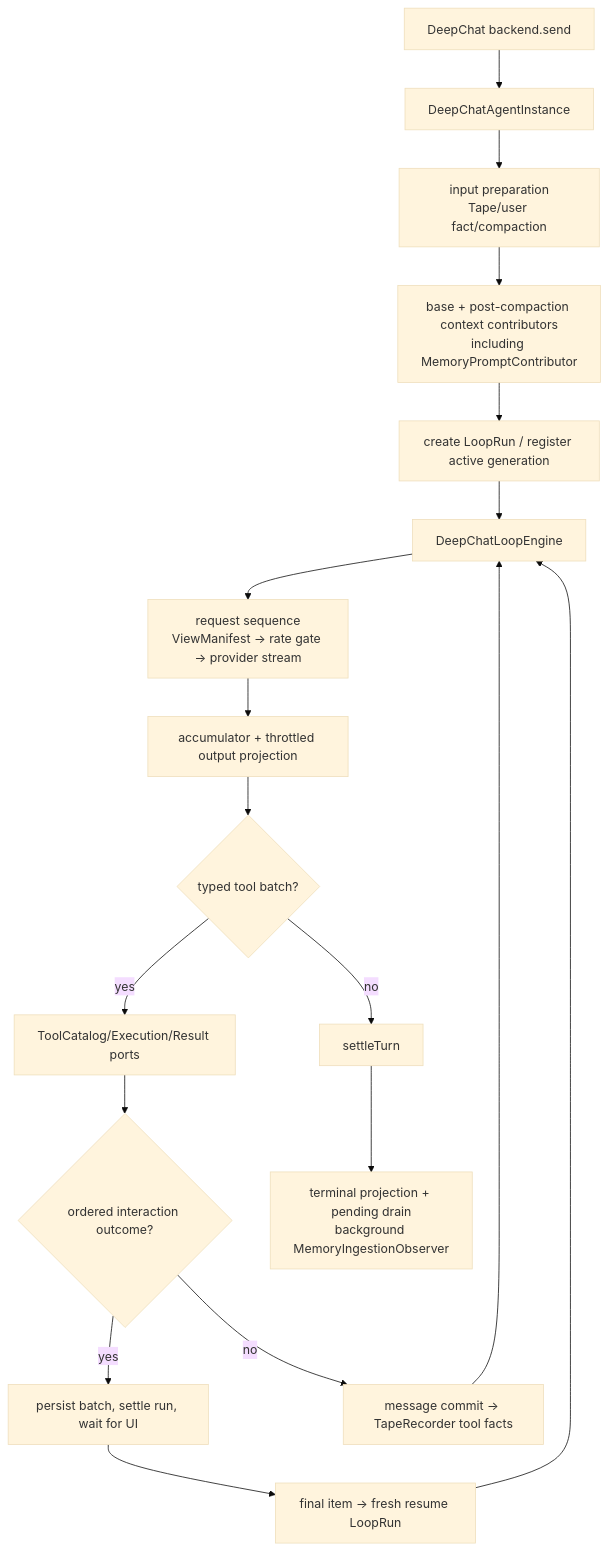
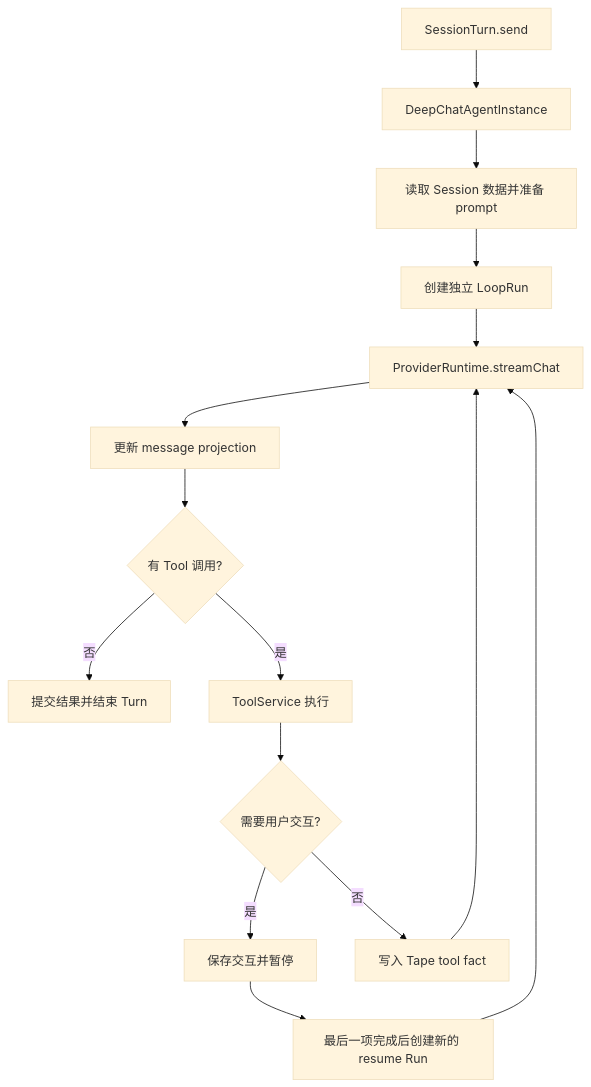
One commit to ThinkInAIXYZ/deepchat changed the third of 7 diagrams in docs/FLOWS.md. Above: the diagram before and after it, drawn with Mermaid (base theme). The commit also changed other lines of this file and 14 other files, not shown here.

Commit message:
docs(architecture): describe final main structure

````diff
--- a/docs/FLOWS.md
+++ b/docs/FLOWS.md
@@ -47,20 +57,17 @@
 ```mermaid
 flowchart TD
-    Start["DeepChat backend.send"] --> Instance["DeepChatAgentInstance"]
-    Instance --> Prepare["input preparation<br/>Tape/user fact/compaction"]
-    Prepare --> Prompt["base + post-compaction context contributors<br/>including MemoryPromptContributor"]
-    Prompt --> Run["create LoopRun / register active generation"]
-    Run --> Engine["DeepChatLoopEngine"]
-    Engine --> Attempt["request sequence<br/>ViewManifest -> rate gate -> provider stream"]
-    Attempt --> Acc["accumulator + throttled output projection"]
-    Acc --> ToolCheck{"typed tool batch?"}
-    ToolCheck -->|no| Settle["settleTurn"]
-    ToolCheck -->|yes| Tools["ToolCatalog/Execution/Result ports"]
-    Tools --> Outcome{"ordered interaction outcome?"}
-    Outcome -->|yes| Pause["persist batch, settle run, wait for UI"]
-    Outcome -->|no| Tape["message commit -> TapeRecorder tool facts"]
-    Tape --> Engine
-    Pause --> Fresh["final item -> fresh resume LoopRun"]
-    Fresh --> Engine
-    Settle --> Observe["terminal projection + pending drain<br/>background MemoryIngestionObserver"]
+    Send["SessionTurn.send"] --> Instance["DeepChatAgentInstance"]
+    Instance --> Prepare["读取 Session 数据并准备 prompt"]
+    Prepare --> Run["创建独立 LoopRun"]
+    Run --> Provider["ProviderRuntime.streamChat"]
+    Provider --> Output["更新 message projection"]
+    Output --> Tool{"有 Tool 调用?"}
+    Tool -->|否| Settle["提交结果并结束 Turn"]
+    Tool -->|是| Execute["ToolService 执行"]
+    Execute --> Interaction{"需要用户交互?"}
+    Interaction -->|是| Pause["保存交互并暂停"]
+    Interaction -->|否| Tape["写入 Tape tool fact"]
+    Tape --> Provider
+    Pause --> Resume["最后一项完成后创建新的 resume Run"]
+    Resume --> Provider
 ```
````
